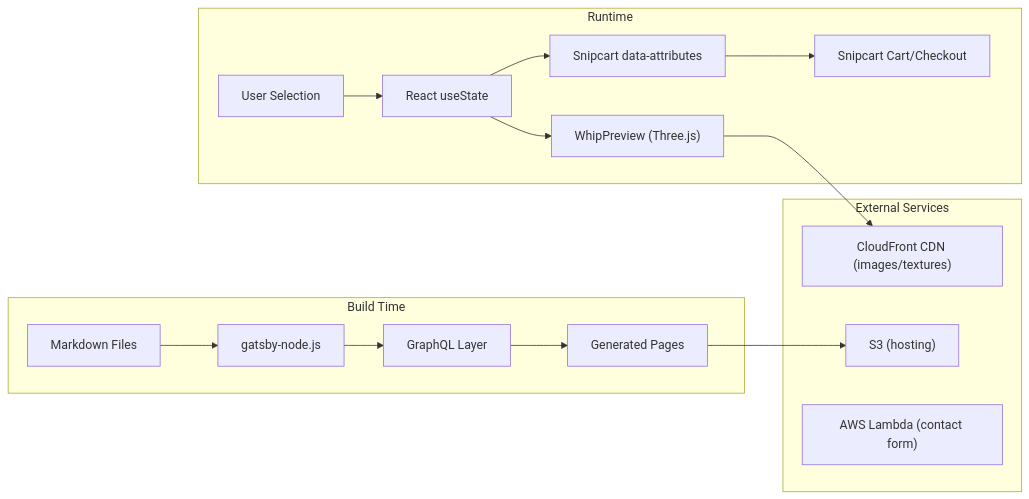
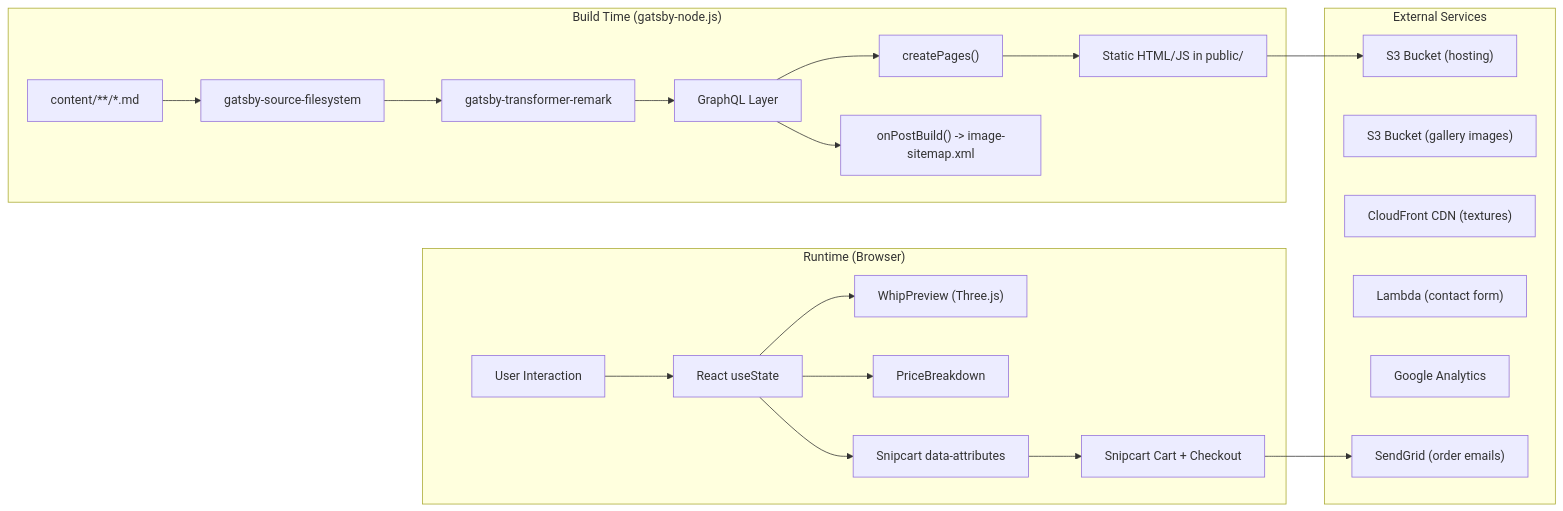
The third of 7 diagrams in architecture.md (atfieldson/whipworks.com), drawn with Mermaid before and after one commit. The commit also changed other lines of this file and 3 other files, not shown here.

First line of the commit message:
docs: replace architecture.md with comprehensive reference, clean up docs

````diff
--- a/architecture.md
+++ b/architecture.md
@@ -79,24 +153,31 @@
 ```mermaid
 flowchart LR
-    subgraph Build Time
-        MD["Markdown Files"] --> GN["gatsby-node.js"]
-        GN --> GQL["GraphQL Layer"]
-        GQL --> PAGES["Generated Pages"]
+    subgraph "Build Time (gatsby-node.js)"
+        MD["content/**/*.md"] --> FS["gatsby-source-filesystem"]
+        FS --> REMARK["gatsby-transformer-remark"]
+        REMARK --> GQL["GraphQL Layer"]
+        GQL --> CREATE["createPages()"]
+        CREATE --> HTML["Static HTML/JS in public/"]
+        GQL --> SITEMAP["onPostBuild() -> image-sitemap.xml"]
     end
 
-    subgraph Runtime
-        USER["User Selection"] --> STATE["React useState"]
+    subgraph "Runtime (Browser)"
+        USER["User Interaction"] --> STATE["React useState"]
         STATE --> PREVIEW["WhipPreview (Three.js)"]
+        STATE --> PRICE["PriceBreakdown"]
         STATE --> SNIPCART_BTN["Snipcart data-attributes"]
-        SNIPCART_BTN --> SNIPCART["Snipcart Cart/Checkout"]
+        SNIPCART_BTN --> SNIPCART["Snipcart Cart + Checkout"]
     end
 
-    subgraph External Services
-        CDN["CloudFront CDN (images/textures)"]
-        S3["S3 (hosting)"]
-        LAMBDA["AWS Lambda (contact form)"]
+    subgraph "External Services"
+        S3_HOST["S3 Bucket (hosting)"]
+        S3_IMG["S3 Bucket (gallery images)"]
+        CDN["CloudFront CDN (textures)"]
+        LAMBDA["Lambda (contact form)"]
+        GA4["Google Analytics"]
+        SENDGRID["SendGrid (order emails)"]
     end
 
-    PREVIEW --> CDN
-    PAGES --> S3
+    HTML --> S3_HOST
+    SNIPCART --> SENDGRID
 ```
````
